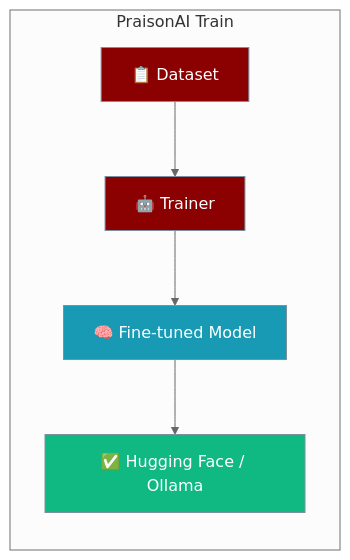
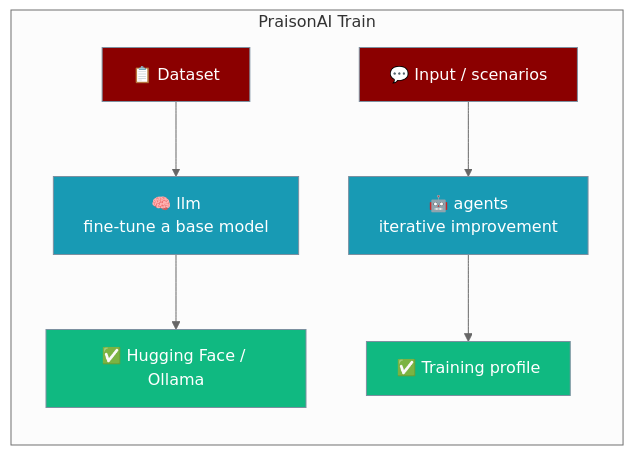
Before and after one commit to MervinPraison/PraisonAIDocs: the first of 2 diagrams in docs/train.mdx, drawn with Mermaid (neutral theme). The commit also changed other lines of this file and 6 other files, not shown here.

Commit message:
docs: cover self-improve background mode, praisonai-train standalone, LLM registry hot paths, small_model, catalogue-driven onboarding (fixes #1993)

````diff
--- a/docs/train.mdx
+++ b/docs/train.mdx
@@ -19,16 +19,17 @@
 ```mermaid
 graph LR
     subgraph "PraisonAI Train"
-        Data[📋 Dataset] --> Trainer[🤖 Trainer]
-        Trainer --> Model[🧠 Fine-tuned Model]
-        Model --> Hub[✅ Hugging Face / Ollama]
+        Data[📋 Dataset] --> LLM[🧠 llm<br/>fine-tune a base model]
+        Input[💬 Input / scenarios] --> Agents[🤖 agents<br/>iterative improvement]
+        LLM --> Model[✅ Hugging Face / Ollama]
+        Agents --> Profile[✅ Training profile]
     end
 
     classDef input fill:#8B0000,stroke:#7C90A0,color:#fff
     classDef process fill:#189AB4,stroke:#7C90A0,color:#fff
     classDef output fill:#10B981,stroke:#7C90A0,color:#fff
 
-    class Data,Trainer input
-    class Model process
-    class Hub output
+    class Data,Input input
+    class LLM,Agents process
+    class Model,Profile output
 ```
````
